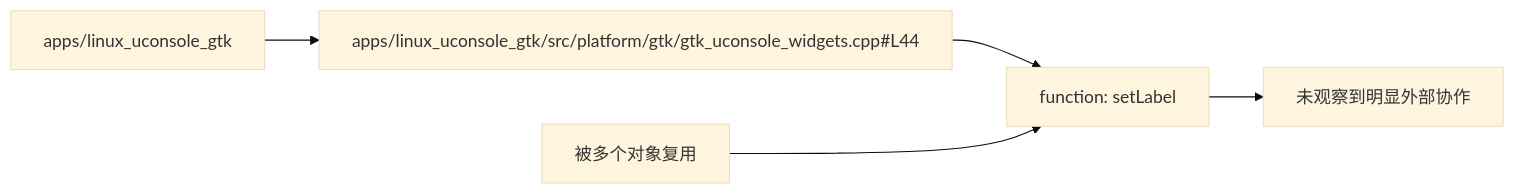
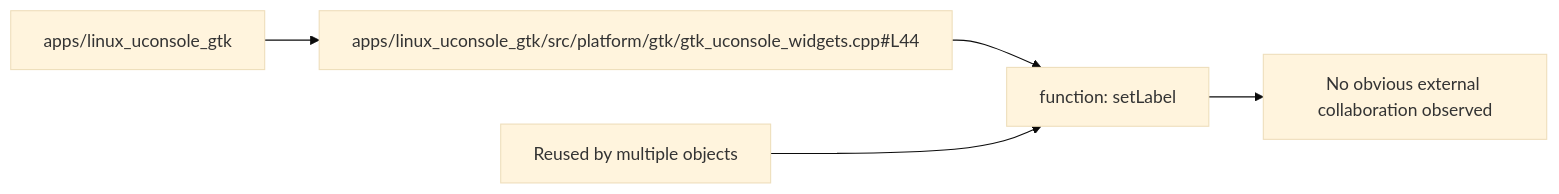
One commit to manmuqingshan/trail-mate changed the diagram in docs/engineering/component-diagrams/apps-linux_uconsole_gtk-setlabel/component-diagram.md. Above: the diagram before and after it, drawn with Mermaid (base theme). The commit also changed other lines of this file and 527 other files, not shown here.

````diff
--- a/docs/engineering/component-diagrams/apps-linux_uconsole_gtk-setlabel/component-diagram.md
+++ b/docs/engineering/component-diagrams/apps-linux_uconsole_gtk-setlabel/component-diagram.md
@@ -40,10 +40,10 @@
 ```mermaid
 flowchart LR
   package_node["apps/linux_uconsole_gtk"]
   file_node["apps/linux_uconsole_gtk/src/platform/gtk/gtk_uconsole_widgets.cpp#L44"]
   component_node["function: setLabel"]
   package_node --> file_node
   file_node --> component_node
-  component_node --> outgoingRelations["未观察到明显外部协作"]
-  incomingRelations["被多个对象复用"] --> component_node
+ component_node --> outgoingRelations["No obvious external collaboration observed"]
+ incomingRelations["Reused by multiple objects"] --> component_node
 ```
````
